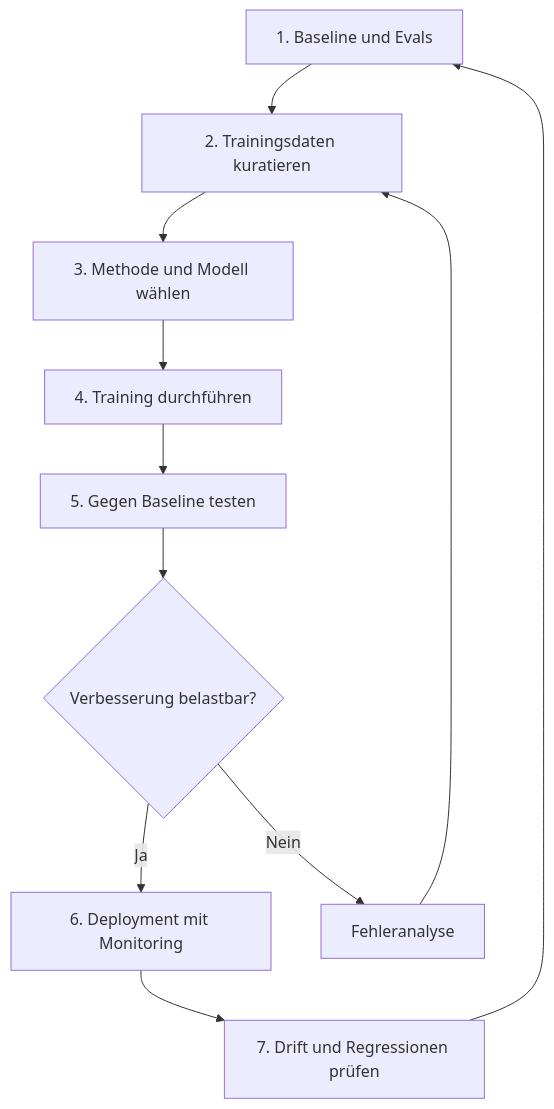
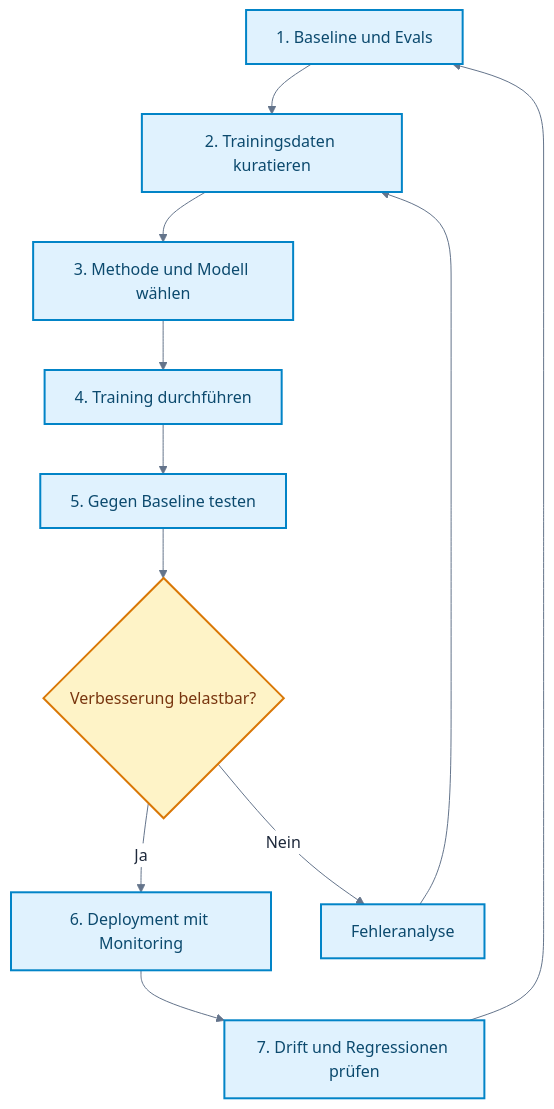
One commit to ralf-42/GenAI changed the diagram in docs/04-modelle-provider/fine-tuning.md. Above: the diagram before and after it, drawn with Mermaid. The commit also changed 25 other files, not shown here.

````diff
--- a/docs/04-modelle-provider/fine-tuning.md
+++ b/docs/04-modelle-provider/fine-tuning.md
@@ -101,13 +101,35 @@
 ```mermaid
+---
+config:
+  theme: base
+  look: classic
+  themeVariables:
+    primaryColor: '#e0f2fe'
+    primaryBorderColor: '#0284c7'
+    primaryTextColor: '#1e293b'
+    lineColor: '#64748b'
+    clusterBkg: '#f8fafc'
+    clusterBorder: '#cbd5e1'
+    noteBkgColor: '#fef3c7'
+    noteBorderColor: '#d97706'
+    noteTextColor: '#78350f'
+    edgeLabelBackground: '#ffffff'
+---
+
 flowchart TB
     A[1. Baseline und Evals] --> B[2. Trainingsdaten kuratieren]
     B --> C[3. Methode und Modell wählen]
     C --> D[4. Training durchführen]
     D --> E[5. Gegen Baseline testen]
     E --> F{Verbesserung belastbar?}
     F -->|Ja| G[6. Deployment mit Monitoring]
     F -->|Nein| H[Fehleranalyse]
     H --> B
     G --> I[7. Drift und Regressionen prüfen]
     I --> A
+
+%% Funktionsfarben nach Mermaid_Best_Practices.md
+classDef default fill:#e0f2fe,stroke:#0284c7,stroke-width:2px,color:#0c4a6e;
+classDef metric fill:#fef3c7,stroke:#d97706,stroke-width:2px,color:#78350f;
+class F metric;
 ```
````
